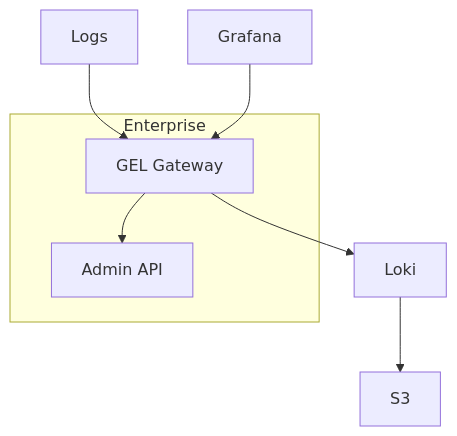
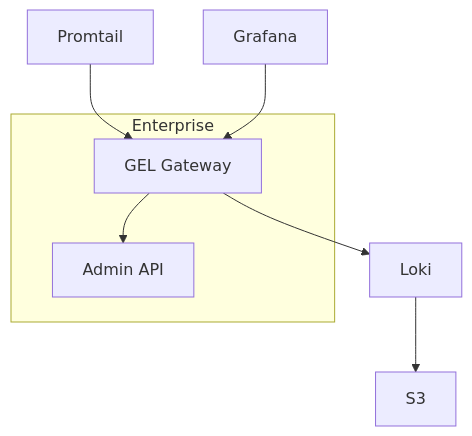
Before and after one commit to rjferguson21/loki: the third of 5 diagrams in MIGRATING.md, drawn with Mermaid. The commit also changed other lines of this file, not shown here.

````diff
--- a/MIGRATING.md
+++ b/MIGRATING.md
@@ -98,9 +99,9 @@
 ```mermaid
 flowchart TD
    subgraph Enterprise
    g[GEL Gateway] --> a[Admin API]  
    a[Admin API]
    end
-   Logs--> g[GEL Gateway] --> Loki --> S3
+   Promtail--> g[GEL Gateway] --> Loki --> S3
    Grafana --> g[GEL Gateway]
 ```
````
